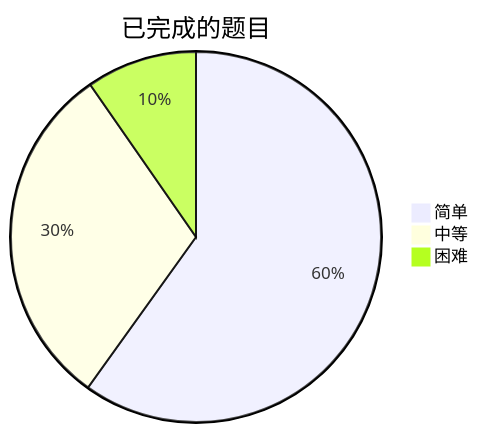
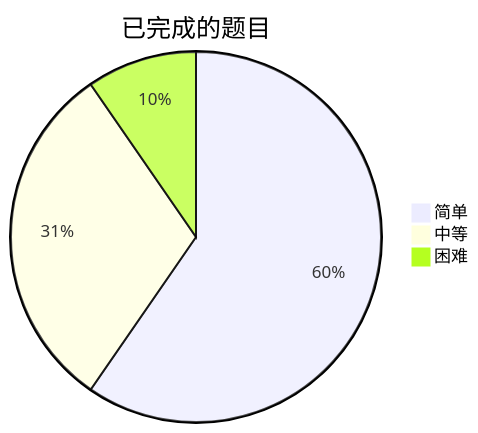
Before and after one commit to kaisa911/LeetCode: the diagram in README.md, drawn with Mermaid. The commit also changed other lines of this file and 1 other file, not shown here.

````diff
--- a/README.md
+++ b/README.md
@@ -12,7 +8,7 @@
 ```mermaid
 pie title 已完成的题目
     "简单" : 124
-    "中等" : 63
+    "中等" : 64
     "困难" : 20
 
 ```
````
